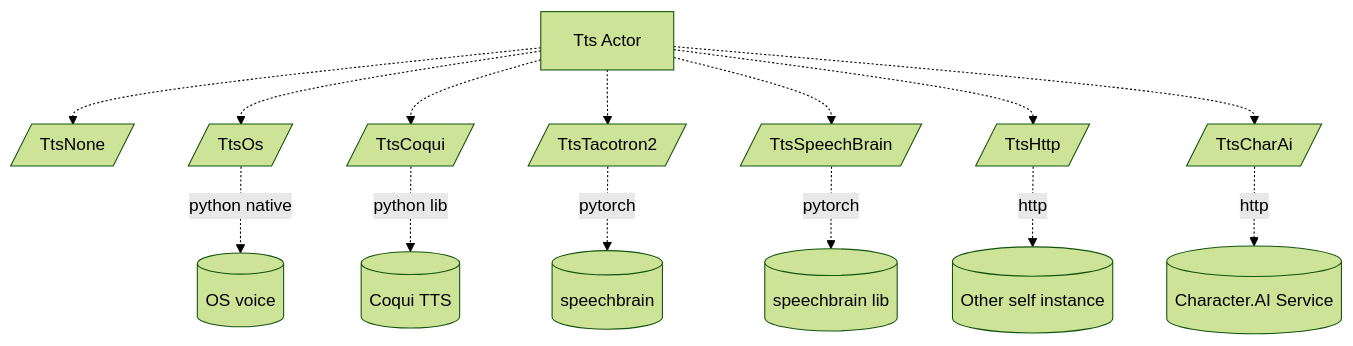
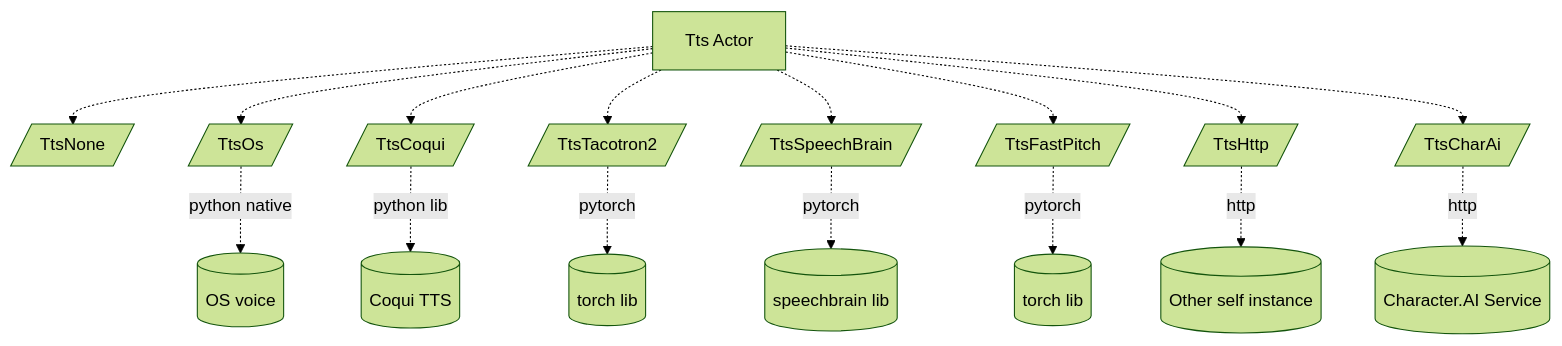
Before and after one commit to sghpjuikit/player: the fourth of 7 diagrams in app/speech-recognition-whisper/README.md, drawn with Mermaid (forest theme). The commit also changed other lines of this file, not shown here.

````diff
--- a/app/speech-recognition-whisper/README.md
+++ b/app/speech-recognition-whisper/README.md
@@ -83,17 +83,19 @@
 ```mermaid
 flowchart TD
   V[Tts Actor]
   V  -.-> V0[/TtsNone/]
   V  -.-> V1[/TtsOs/]
   V1 -.->|python native| V1X[(OS voice)]
   V  -.-> V3[/TtsCoqui/]
   V  -.-> V5[/TtsTacotron2/]
-  V5 -.->|pytorch| V5X[(speechbrain)]
+  V5 -.->|pytorch| V5X[(torch lib)]
   V  -.-> V6[/TtsSpeechBrain/]
   V6 -.->|pytorch| V6X[(speechbrain lib)]
+  V  -.-> V7[/TtsFastPitch/]
+  V7 -.->|pytorch| V7X[(torch lib)]
   V3 -.->|python lib| V3X[(Coqui TTS)]
   V  -.-> V4[/TtsHttp/]
   V4 -.->|http| V4X[(Other self instance)]
   V  -.-> V2[/TtsCharAi/]
   V2 -.->|http| V2X[(Character.AI Service)]
 ```
````
